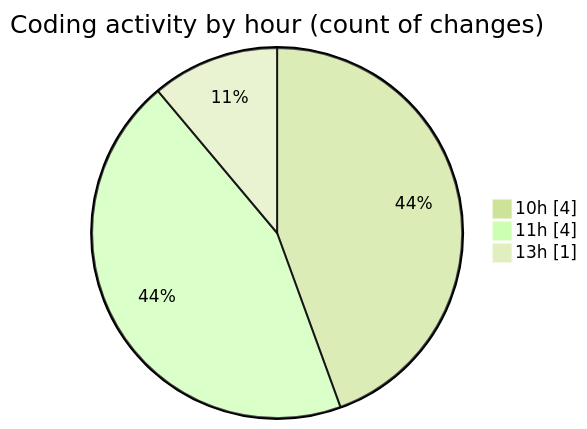
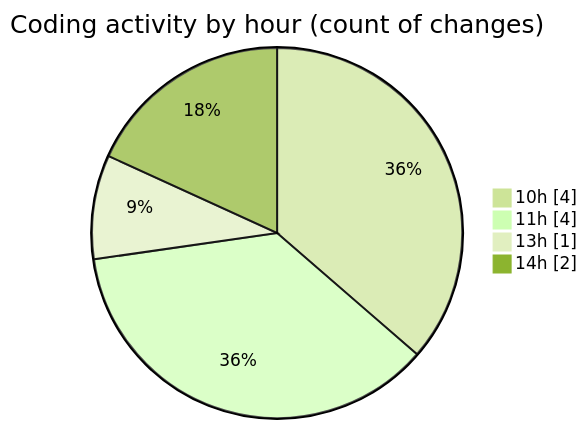
The second of 2 diagrams in 2026-08-16/nxtqube_webapp/README.md (nxtqubesakshisongat/code-tracking), drawn with Mermaid (forest theme) before and after one commit. The commit also changed other lines of this file and 1 other file, not shown here.

````diff
--- a/2026-08-16/nxtqube_webapp/README.md
+++ b/2026-08-16/nxtqube_webapp/README.md
@@ -31,7 +33,8 @@
 ```mermaid
 pie showData
 title Coding activity by hour (count of changes)
 "10h" : 4
 "11h" : 4
 "13h" : 1
+"14h" : 2
 ```
````
